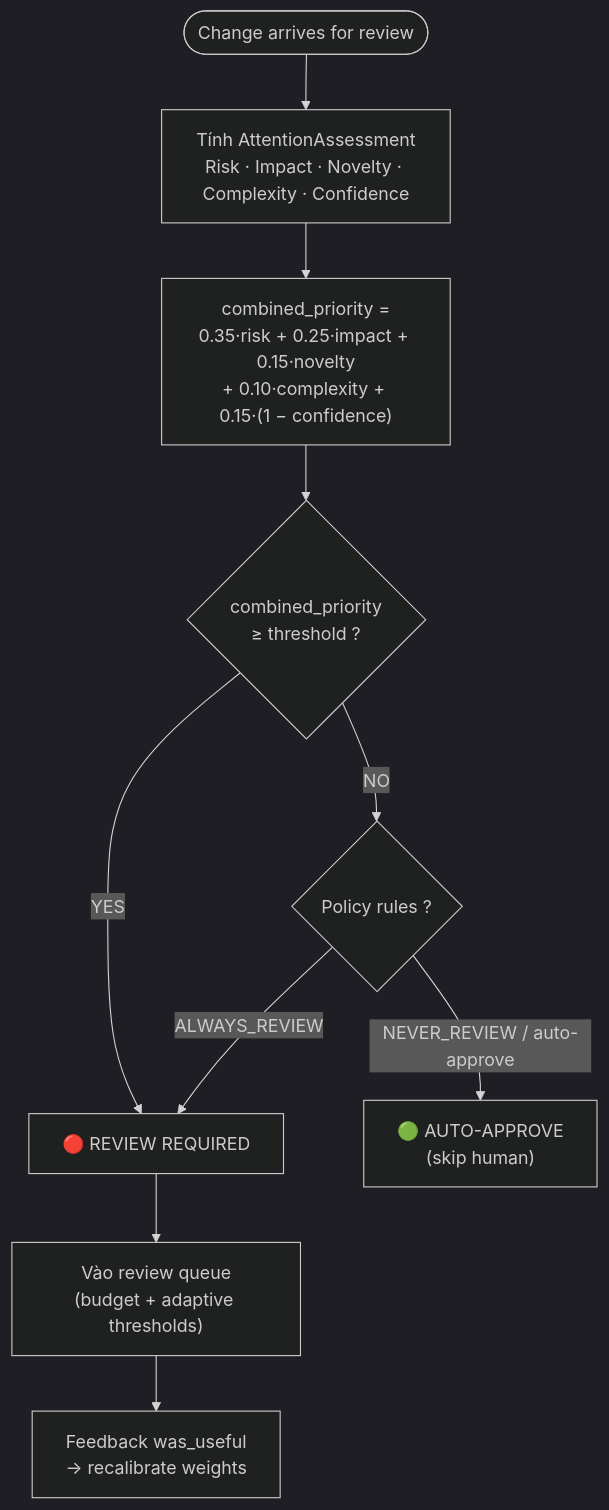
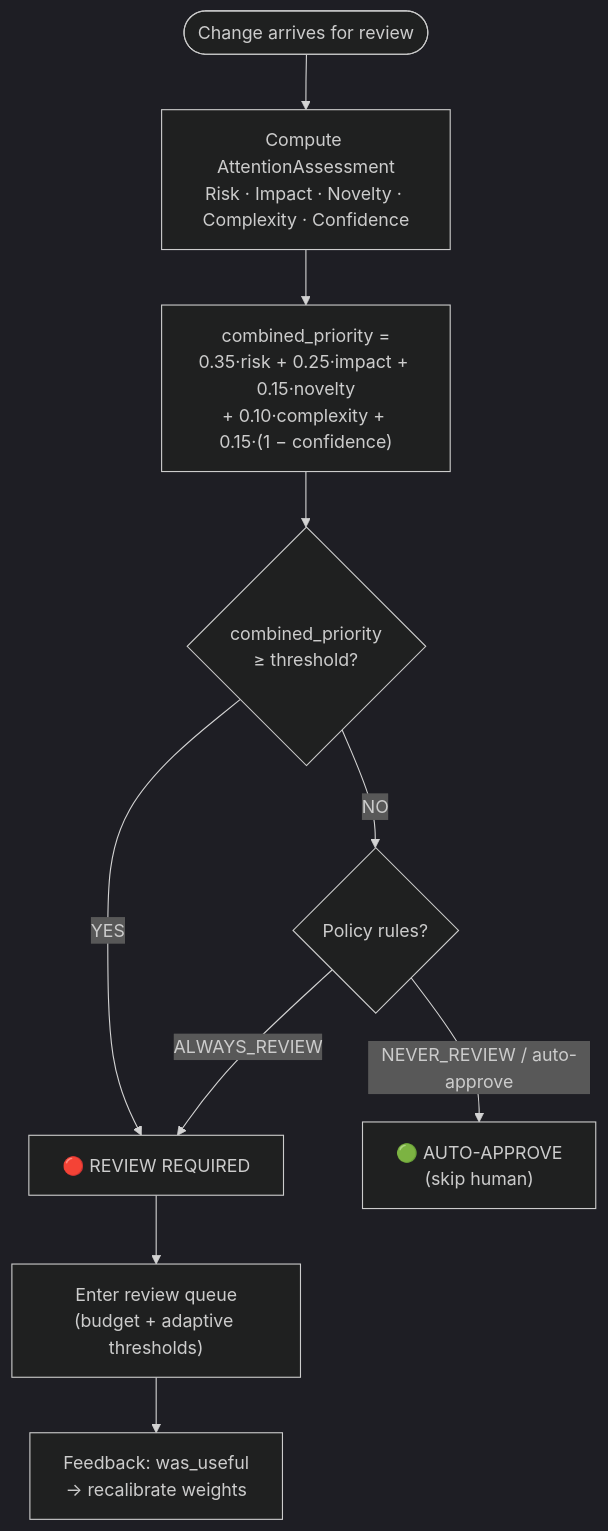
The fifth of 7 diagrams in docs/summary/HAI_flow.md (nbhson/app-human-attention-infrastructure), drawn with Mermaid (dark theme) before and after one commit. The commit also changed other lines of this file and 4 other files, not shown here.

````diff
--- a/docs/summary/HAI_flow.md
+++ b/docs/summary/HAI_flow.md
@@ -165,15 +162,15 @@
 ```mermaid
 flowchart TB
-    IN2(["Change arrives for review"]) --> CALC["Tính AttentionAssessment<br/>Risk · Impact · Novelty · Complexity · Confidence"]
+    IN2(["Change arrives for review"]) --> CALC["Compute AttentionAssessment<br/>Risk · Impact · Novelty · Complexity · Confidence"]
 
     CALC --> FORMULA["combined_priority =<br/>0.35·risk + 0.25·impact + 0.15·novelty<br/>+ 0.10·complexity + 0.15·(1 − confidence)"]
 
-    FORMULA --> D{"combined_priority<br/>≥ threshold ?"}
+    FORMULA --> D{"combined_priority<br/>≥ threshold?"}
     D -- "YES" --> REQ["🔴 REVIEW REQUIRED"]
-    D -- "NO" --> POL{"Policy rules ?"}
+    D -- "NO" --> POL{"Policy rules?"}
     POL -- "ALWAYS_REVIEW" --> REQ
     POL -- "NEVER_REVIEW / auto-approve" --> AUTO["🟢 AUTO-APPROVE<br/>(skip human)"]
 
-    REQ --> QUEUE["Vào review queue<br/>(budget + adaptive thresholds)"]
-    QUEUE --> FEED["Feedback was_useful<br/>→ recalibrate weights"]
+    REQ --> QUEUE["Enter review queue<br/>(budget + adaptive thresholds)"]
+    QUEUE --> FEED["Feedback: was_useful<br/>→ recalibrate weights"]
 ```
````
